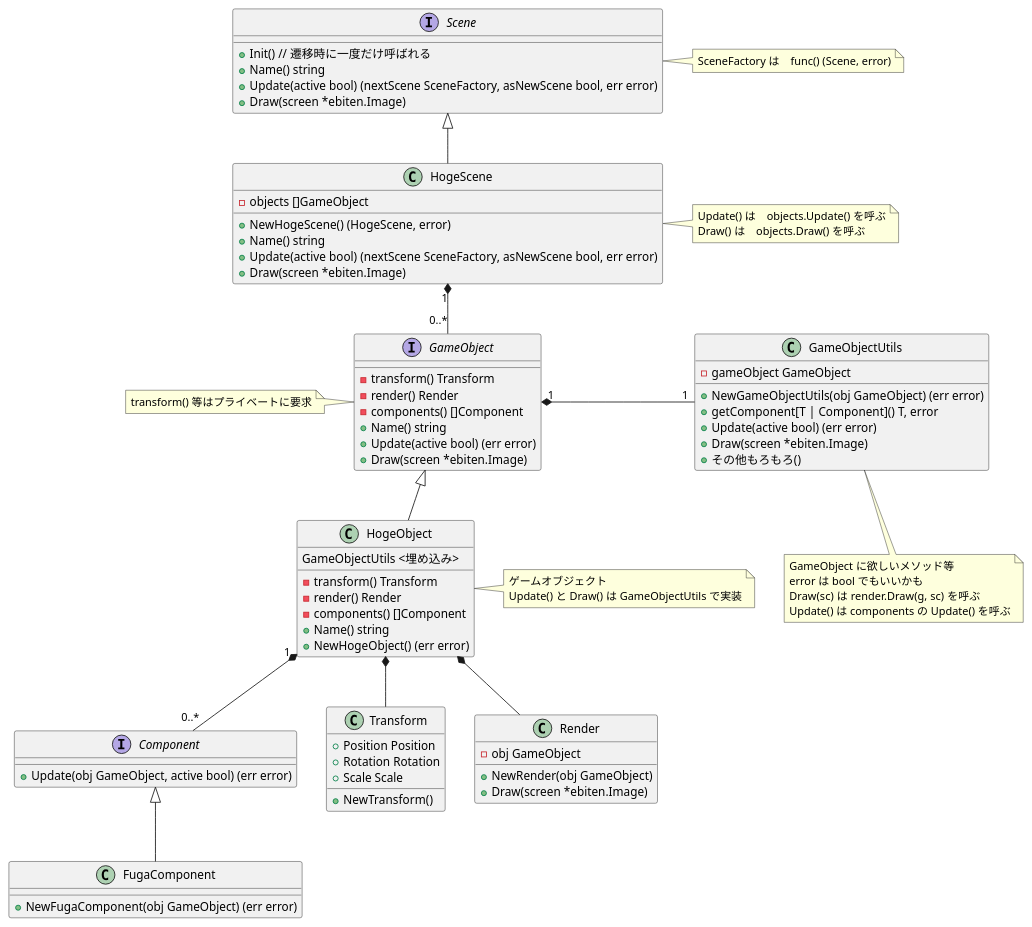
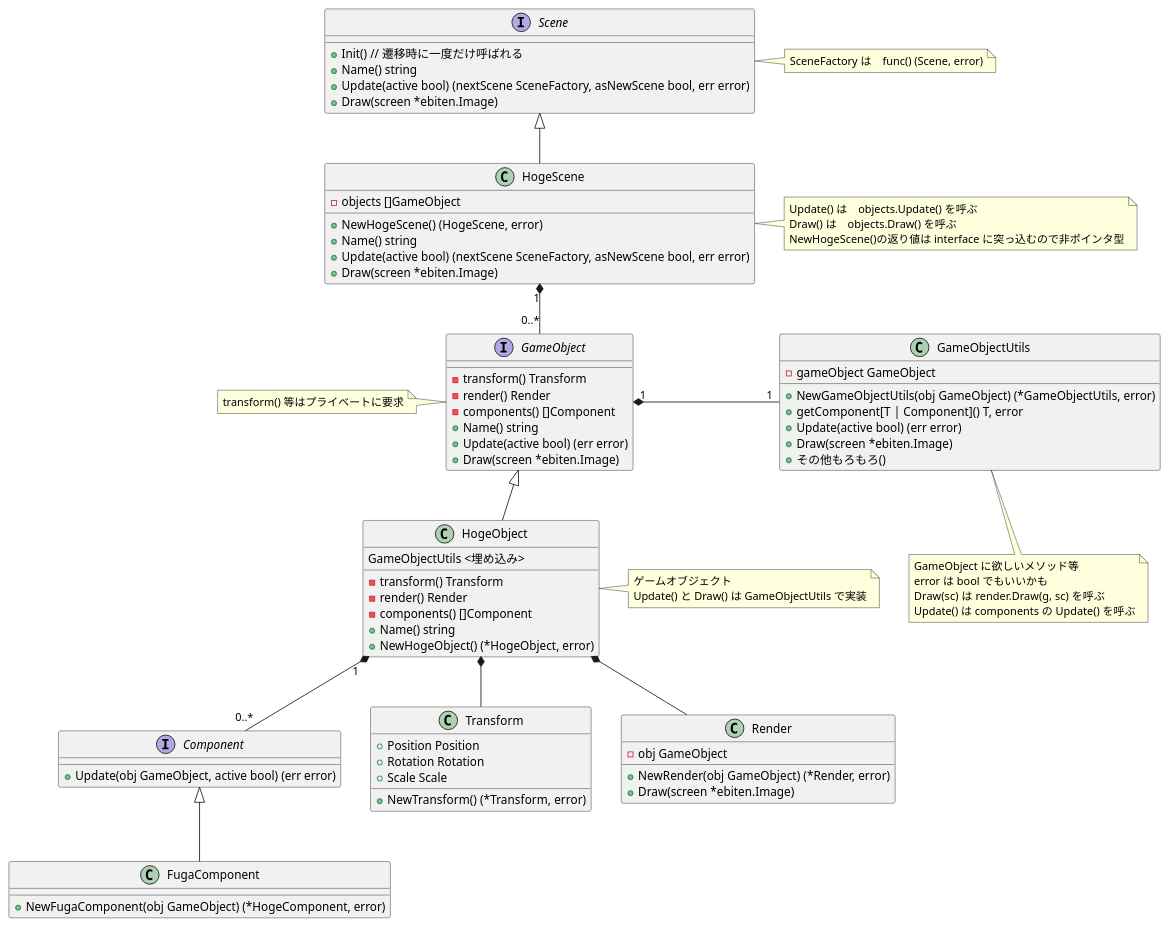
The diagram in Docs/Scene_class_diagram.puml (kmc-jp/Gamedev_Tempura-of-p--Phenylazo-phenol), drawn with PlantUML before and after one commit.

Commit message:
コンストラクタの返り値を修正

```diff
--- a/Docs/Scene_class_diagram.puml
+++ b/Docs/Scene_class_diagram.puml
@@ -1,86 +1,86 @@
 @startuml Scene_class_diagram
 
 interface Scene {
     + Init() // 遷移時に一度だけ呼ばれる
     + Name() string
     + Update(active bool) (nextScene SceneFactory, asNewScene bool, err error)
     + Draw(screen *ebiten.Image)
 }
 note right of Scene : SceneFactory は　func() (Scene, error)
 
 class HogeScene {
     - objects []GameObject
     + NewHogeScene() (HogeScene, error)
     + Name() string
     + Update(active bool) (nextScene SceneFactory, asNewScene bool, err error)
     + Draw(screen *ebiten.Image)
 }
-note right of HogeScene : Update() は　objects.Update() を呼ぶ\nDraw() は　objects.Draw() を呼ぶ
+note right of HogeScene : Update() は　objects.Update() を呼ぶ\nDraw() は　objects.Draw() を呼ぶ\nNewHogeScene()の返り値は interface に突っ込むので非ポインタ型
 
 HogeScene -up-|> Scene
 
 HogeScene "1" *-- "0..*" GameObject
 
 interface GameObject {
     - transform() Transform
     - render() Render
     - components() []Component
     + Name() string
     + Update(active bool) (err error)
     + Draw(screen *ebiten.Image)
 }
 note left of GameObject : transform() 等はプライベートに要求
 
 class GameObjectUtils {
     - gameObject GameObject
-    + NewGameObjectUtils(obj GameObject) (err error)
+    + NewGameObjectUtils(obj GameObject) (*GameObjectUtils, error)
     + getComponent[T | Component]() T, error
     + Update(active bool) (err error)
     + Draw(screen *ebiten.Image)
     + その他もろもろ()
 }
 note bottom of GameObjectUtils : GameObject に欲しいメソッド等\nerror は bool でもいいかも\nDraw(sc) は render.Draw(g, sc) を呼ぶ\nUpdate() は components の Update() を呼ぶ
 
 GameObject "1" *- "1" GameObjectUtils
 
 
 class HogeObject {
     GameObjectUtils <埋め込み>
     - transform() Transform
     - render() Render
     - components() []Component
     + Name() string
-    + NewHogeObject() (err error)
+    + NewHogeObject() (*HogeObject, error)
 }
 note right of HogeObject : ゲームオブジェクト\nUpdate() と Draw() は GameObjectUtils で実装
 
 
 HogeObject -up-|> GameObject
 HogeObject *-- Transform
 HogeObject *-- Render
 
 HogeObject "1" *-- "0..*" Component
 
 class Transform {
     + Position Position
     + Rotation Rotation
     + Scale Scale
-    + NewTransform()
+    + NewTransform() (*Transform, error)
 }
 
 class Render {
     - obj GameObject
-    + NewRender(obj GameObject)
+    + NewRender(obj GameObject) (*Render, error)
     + Draw(screen *ebiten.Image)
 }
 
 interface Component {
     + Update(obj GameObject, active bool) (err error)
 }
 
 class FugaComponent {
-    + NewFugaComponent(obj GameObject) (err error)
+    + NewFugaComponent(obj GameObject) (*HogeComponent, error)
 }
 
 FugaComponent -up-|> Component
 @enduml
```
